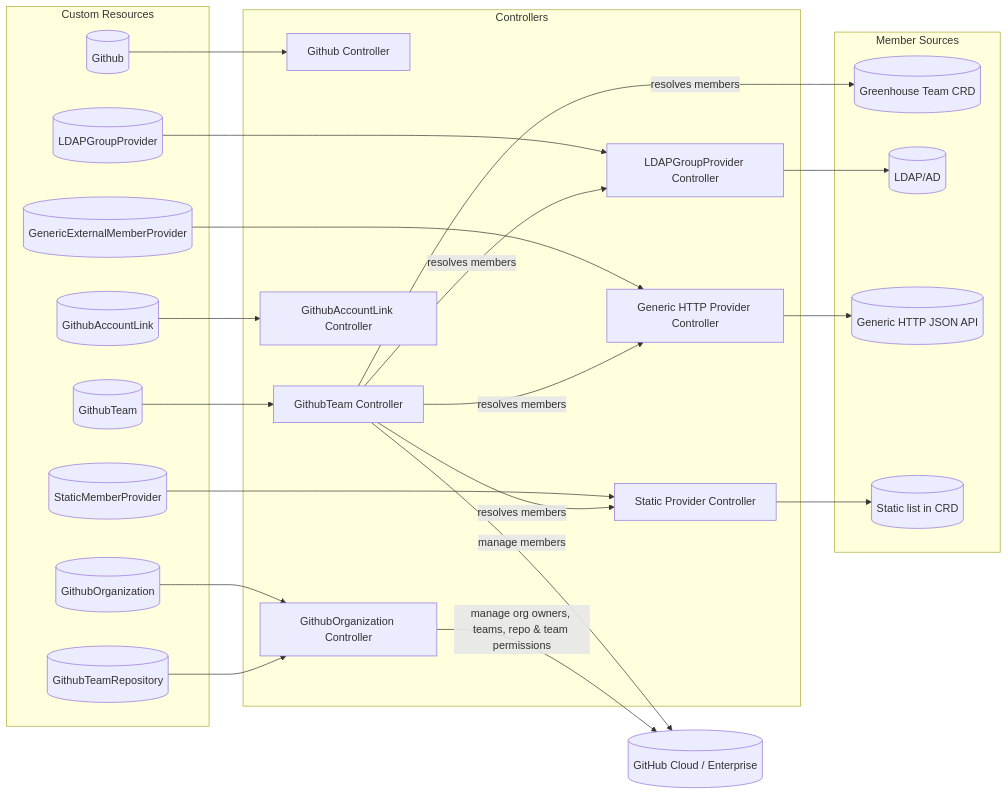
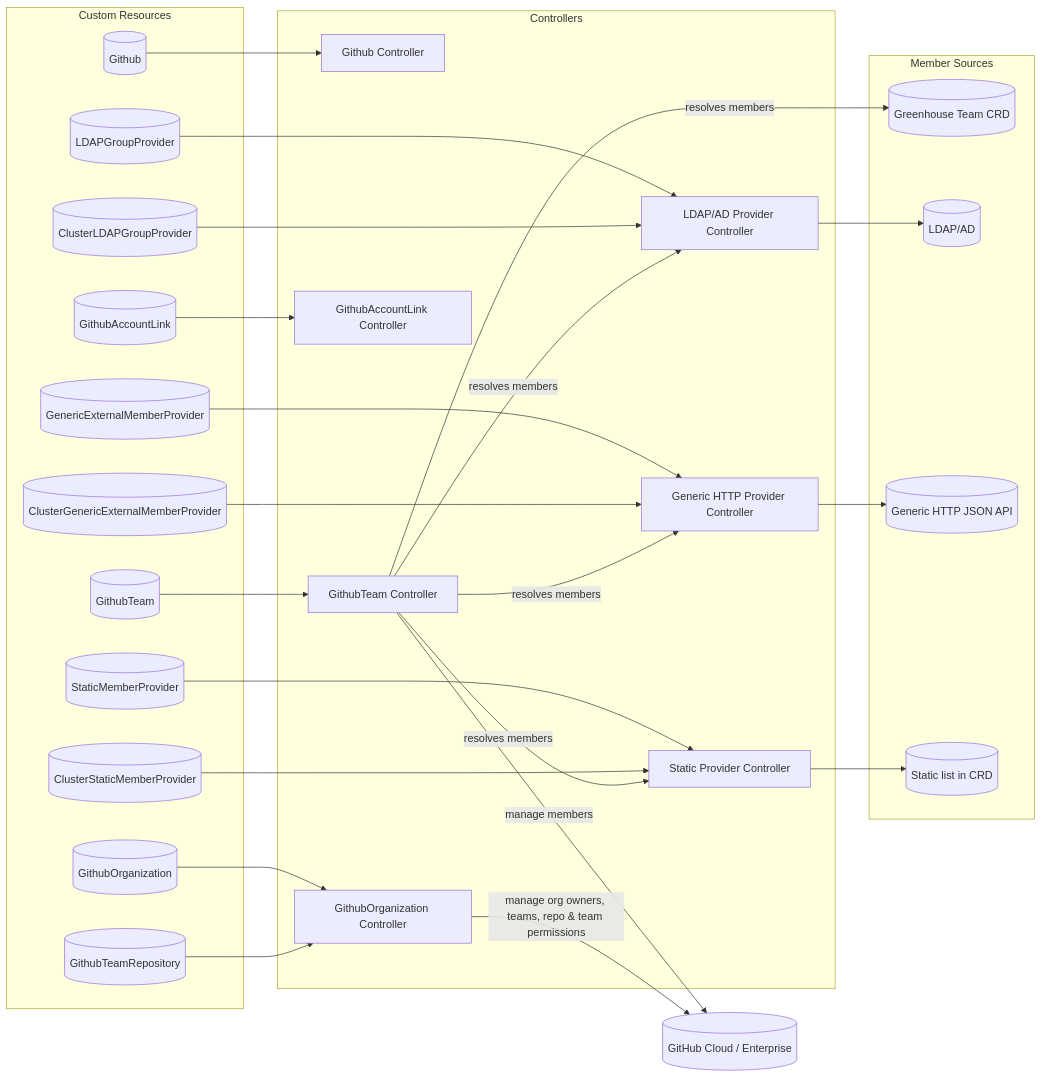
The first of 3 diagrams in README.md (cloudoperators/repo-guard), drawn with Mermaid before and after one commit. The commit also changed other lines of this file and 117 other files, not shown here.

````diff
--- a/README.md
+++ b/README.md
@@ -11,57 +11,63 @@
 ```mermaid
 flowchart LR
     direction TB
     subgraph crds[Custom Resources]
       G[(Github)]
       GO[(GithubOrganization)]
       GT[(GithubTeam)]
       GTR[(GithubTeamRepository)]
       GAL[(GithubAccountLink)]
       LDAP[(LDAPGroupProvider)]
+      CLDAP[(ClusterLDAPGroupProvider)]
       GEMP[(GenericExternalMemberProvider)]
+      CGEMP[(ClusterGenericExternalMemberProvider)]
       SMP[(StaticMemberProvider)]
+      CSMP[(ClusterStaticMemberProvider)]
     end
 
     subgraph ctrl[Controllers]
 
       C_G[Github Controller]
       C_GO[GithubOrganization Controller]
       C_GT[GithubTeam Controller]
       C_GAL[GithubAccountLink Controller]
-      C_LDAP[LDAPGroupProvider Controller]
+      C_LDAP[LDAP/AD Provider Controller]
       C_GEMP[Generic HTTP Provider Controller]
       C_SMP[Static Provider Controller]
     end
 
   subgraph providers[Member Sources]
     Greenhouse[(Greenhouse Team CRD)]
     LDAPSrv[(LDAP/AD)]
     HTTP[(Generic HTTP JSON API)]
     Static[(Static list in CRD)] 
   end
 
   GitHub[(GitHub Cloud / Enterprise)]
 
   %% Wiring
   G --> C_G
   GO --> C_GO
   GT --> C_GT
   GTR --> C_GO
   GAL --> C_GAL
   LDAP --> C_LDAP
+  CLDAP --> C_LDAP
   GEMP --> C_GEMP
+  CGEMP --> C_GEMP
   SMP --> C_SMP
+  CSMP --> C_SMP
 
   C_GT -->|resolves members| Greenhouse
   C_GT -->|resolves members| C_LDAP
   C_GT -->|resolves members| C_GEMP
   C_GT -->|resolves members| C_SMP
  
 
   C_LDAP --> LDAPSrv
   C_GEMP --> HTTP
   C_SMP --> Static
 
   C_GT -->|manage members| GitHub
   C_GO -->|manage org owners, teams, repo & team permissions| GitHub
 ```
````
